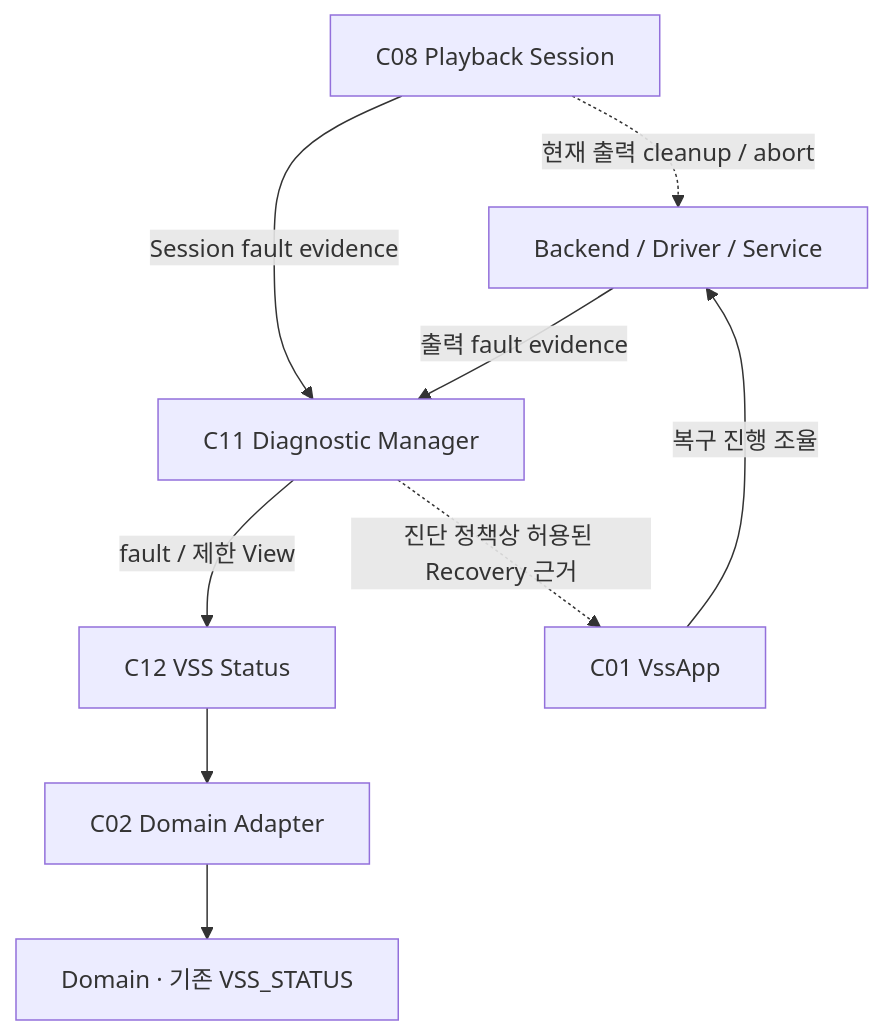
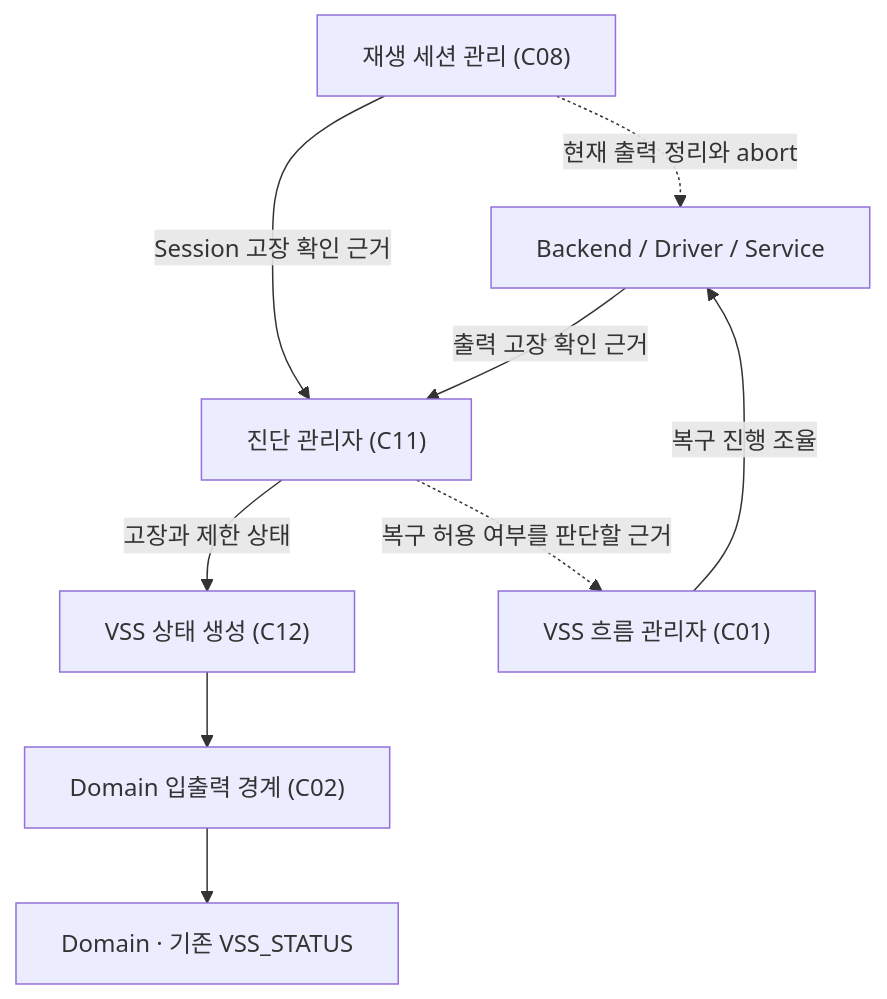
The seventh of 7 diagrams in docs/architecture/VSS_sw_architecture.md (vehicle-domain-control-system/integrated-vehicle-control), drawn with Mermaid before and after one commit. The commit also changed other lines of this file and 1 other file, not shown here.

Commit message:
docs(VSS): VSS SW 전체 구조 및 책임 경계 설계

````diff
--- a/docs/architecture/VSS_sw_architecture.md
+++ b/docs/architecture/VSS_sw_architecture.md
@@ -299,11 +285,11 @@
 ```mermaid
 flowchart TD
-    Backend["Backend / Driver / Service"] -->|"출력 fault evidence"| Diag["C11 Diagnostic Manager"]
-    Session["C08 Playback Session"] -->|"Session fault evidence"| Diag
-    Session -.->|"현재 출력 cleanup / abort"| Backend
-    Diag -->|"fault / 제한 View"| Status["C12 VSS Status"]
-    Status --> Adapter["C02 Domain Adapter"]
+    Backend["Backend / Driver / Service"] -->|"출력 고장 확인 근거"| Diag["진단 관리자 (C11)"]
+    Session["재생 세션 관리 (C08)"] -->|"Session 고장 확인 근거"| Diag
+    Session -.->|"현재 출력 정리와 abort"| Backend
+    Diag -->|"고장과 제한 상태"| Status["VSS 상태 생성 (C12)"]
+    Status --> Adapter["Domain 입출력 경계 (C02)"]
     Adapter --> Domain["Domain · 기존 VSS_STATUS"]
-    Diag -.->|"진단 정책상 허용된 Recovery 근거"| App["C01 VssApp"]
+    Diag -.->|"복구 허용 여부를 판단할 근거"| App["VSS 흐름 관리자 (C01)"]
     App -->|"복구 진행 조율"| Backend
 ```
````
